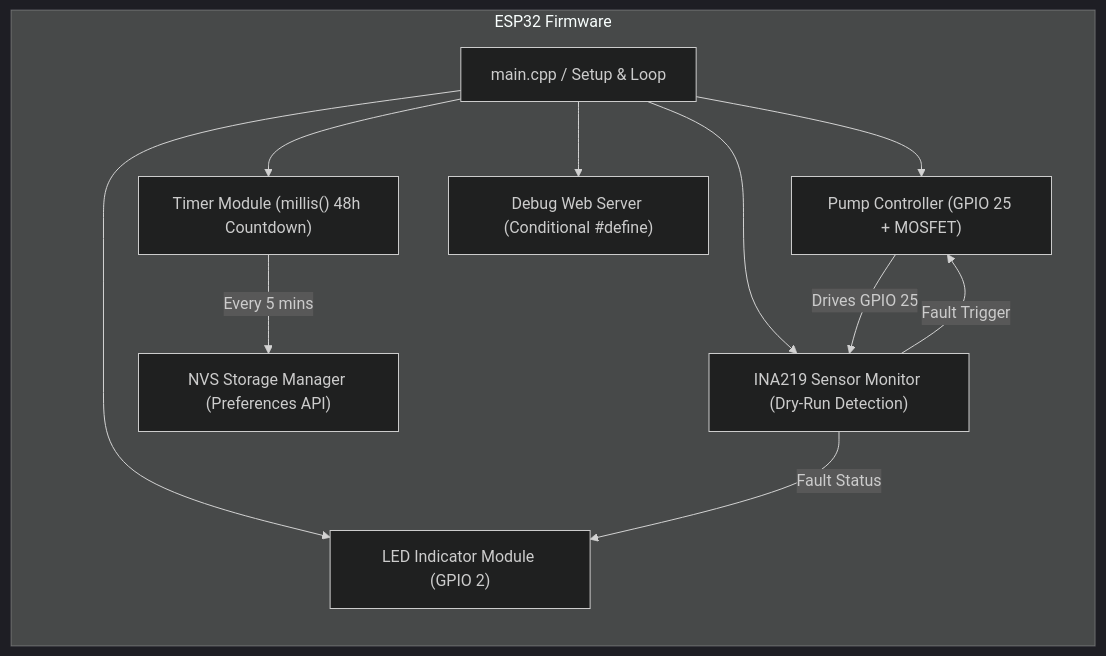
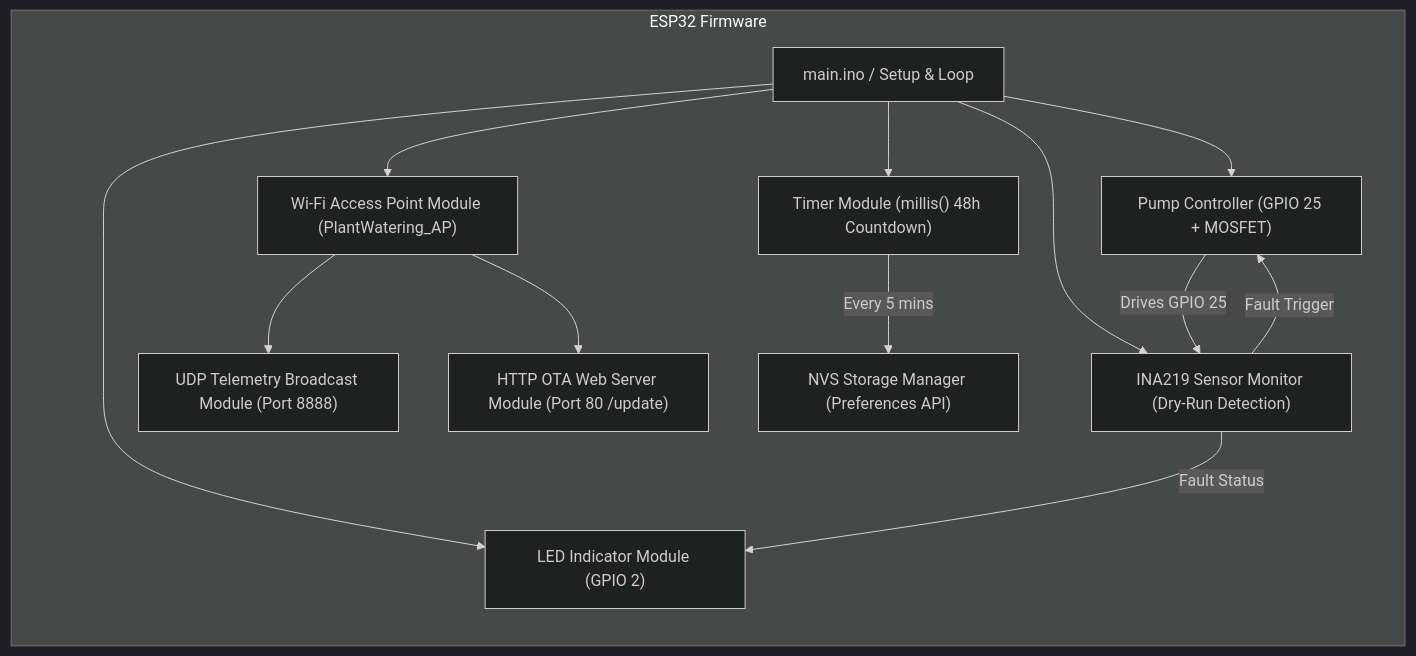
Before and after one commit to SivakrishnaGit9/Open_Code_Watering_System: the diagram in docs/architecture/C3-Component.md, drawn with Mermaid (dark theme). The commit also changed other lines of this file and 2 other files, not shown here.

Commit message:
docs: update FSD and C4 architecture diagrams for wireless AP, UDP telemetry, and HTTP OTA

````diff
--- a/docs/architecture/C3-Component.md
+++ b/docs/architecture/C3-Component.md
@@ -6,24 +6,28 @@
 ```mermaid
 graph TD
     subgraph "ESP32 Firmware"
         direction TB
-        main["main.cpp / Setup & Loop"]
+        main["main.ino / Setup & Loop"]
         timer["Timer Module (millis() 48h Countdown)"]
         nvsManager["NVS Storage Manager (Preferences API)"]
         pumpController["Pump Controller (GPIO 25 + MOSFET)"]
         sensorMonitor["INA219 Sensor Monitor (Dry-Run Detection)"]
         ledFeedback["LED Indicator Module (GPIO 2)"]
-        webServer["Debug Web Server (Conditional #define)"]
+        wifiAp["Wi-Fi Access Point Module (PlantWatering_AP)"]
+        udpTelemetry["UDP Telemetry Broadcast Module (Port 8888)"]
+        otaWebServer["HTTP OTA Web Server Module (Port 80 /update)"]
 
         main --> timer
         main --> pumpController
         main --> sensorMonitor
         main --> ledFeedback
-        main --> webServer
+        main --> wifiAp
+        wifiAp --> udpTelemetry
+        wifiAp --> otaWebServer
 
         timer -->|Every 5 mins| nvsManager
         pumpController -->|Drives GPIO 25| sensorMonitor
         sensorMonitor -->|Fault Trigger| pumpController
         sensorMonitor -->|Fault Status| ledFeedback
     end
 ```
````
